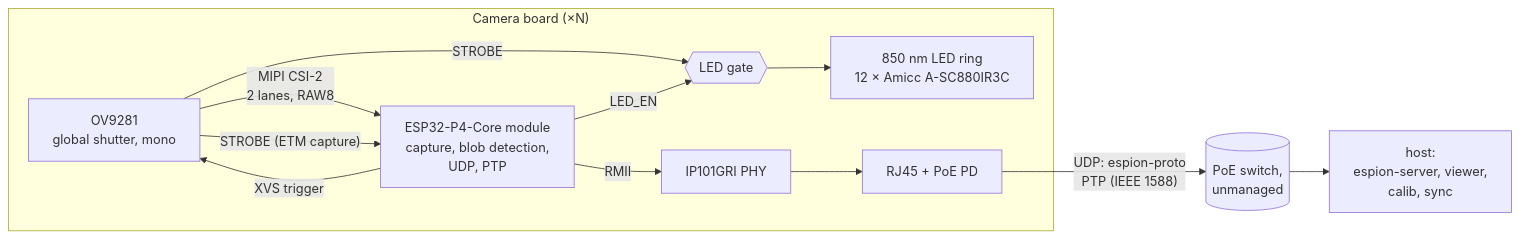
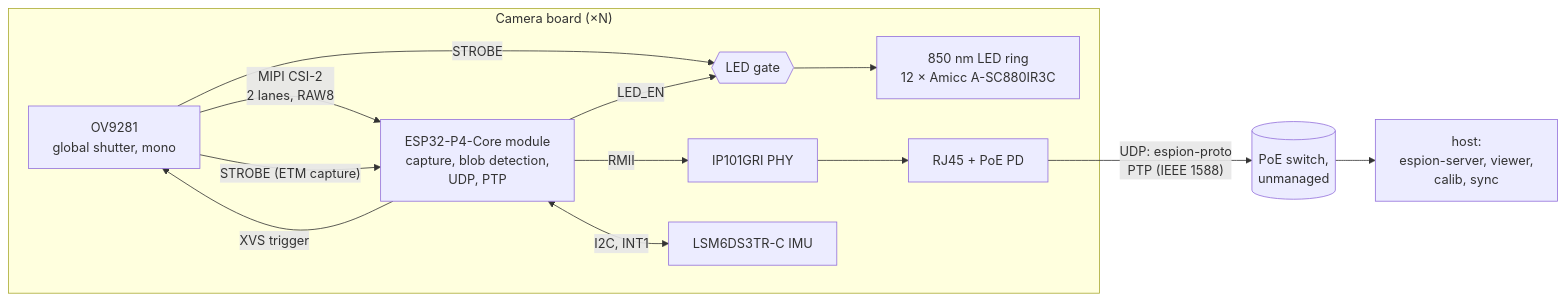
Before and after one commit to azais-corentin/espion: the first of 2 diagrams in docs/architecture.md, drawn with Mermaid. The commit also changed other lines of this file and 6 other files, not shown here.

First line of the commit message:
feat(espion-cam): Added an LSM6DS3TR-C IMU to espion-cam

````diff
--- a/docs/architecture.md
+++ b/docs/architecture.md
@@ -8,15 +8,16 @@
 ```mermaid
 flowchart LR
   subgraph board["Camera board (×N)"]
     S[OV9281<br/>global shutter, mono] -- "MIPI CSI-2<br/>2 lanes, RAW8" --> P4[ESP32-P4-Core module<br/>capture, blob detection,<br/>UDP, PTP]
     P4 -- "XVS trigger" --> S
     S -- STROBE --> G{{LED gate}}
     S -- "STROBE (ETM capture)" --> P4
     P4 -- LED_EN --> G
     G --> L[850 nm LED ring<br/>12 × Amicc A-SC880IR3C]
     P4 -- RMII --> PHY[IP101GRI PHY]
     PHY --> J[RJ45 + PoE PD]
+    P4 <-- "I2C, INT1" --> IMU[LSM6DS3TR-C IMU]
   end
   J -- "UDP: espion-proto<br/>PTP (IEEE 1588)" --> SW[(PoE switch,<br/>unmanaged)]
   SW --> H[host:<br/>espion-server, viewer,<br/>calib, sync]
 ```
````
